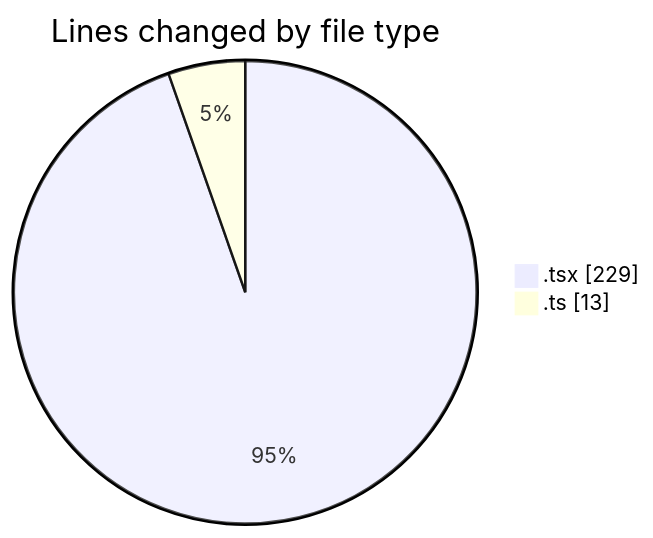
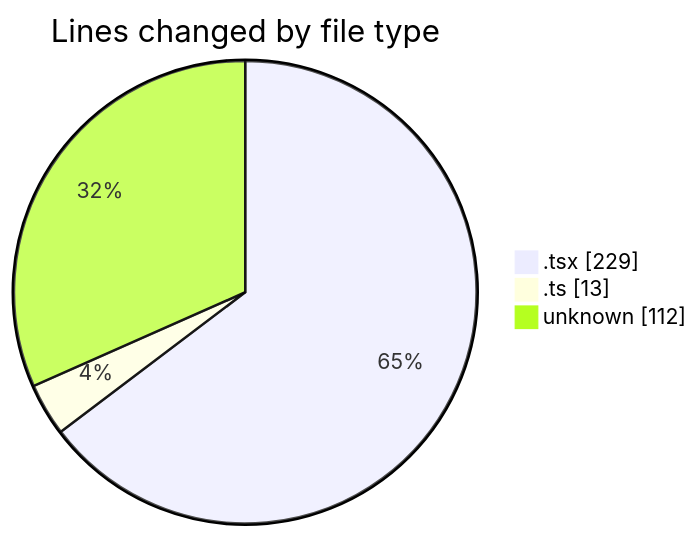
One commit to momahboobian/code-tracking changed the first of 2 diagrams in 2026-04-28/cda/README.md. Above: the diagram before and after it, drawn with Mermaid. The commit also changed other lines of this file and 1 other file, not shown here.

````diff
--- a/2026-04-28/cda/README.md
+++ b/2026-04-28/cda/README.md
@@ -23,6 +24,7 @@
 ```mermaid
 pie showData
 title Lines changed by file type
 ".tsx" : 229
 ".ts" : 13
+"unknown" : 112
 ```
````
